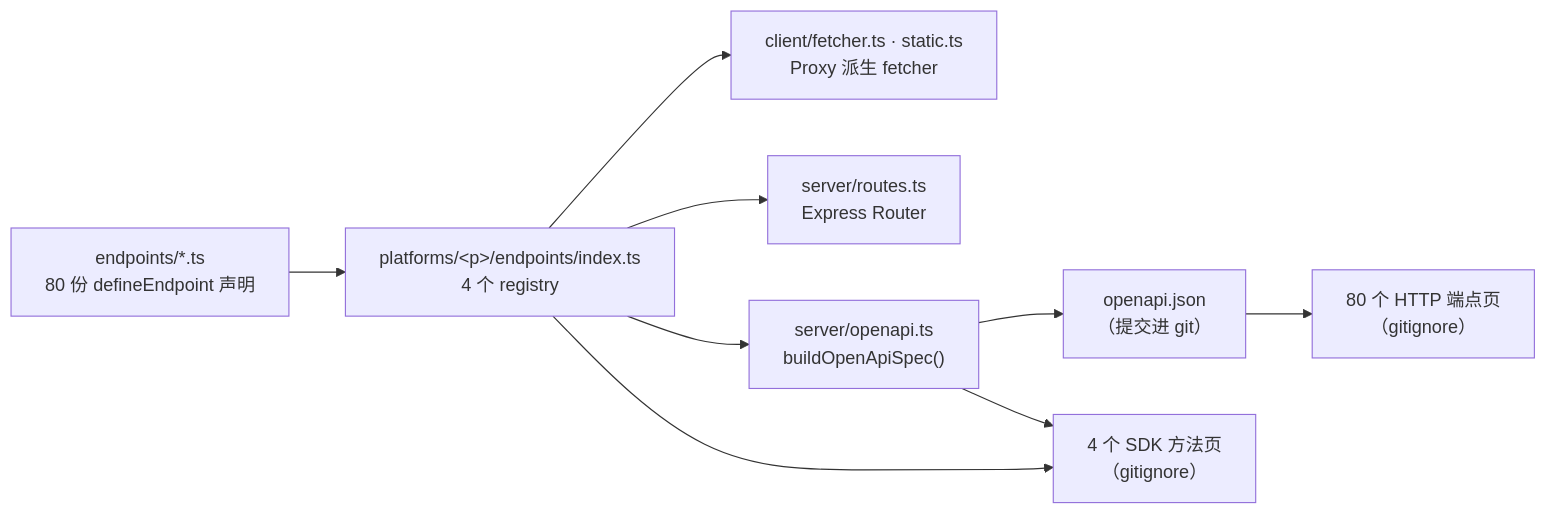
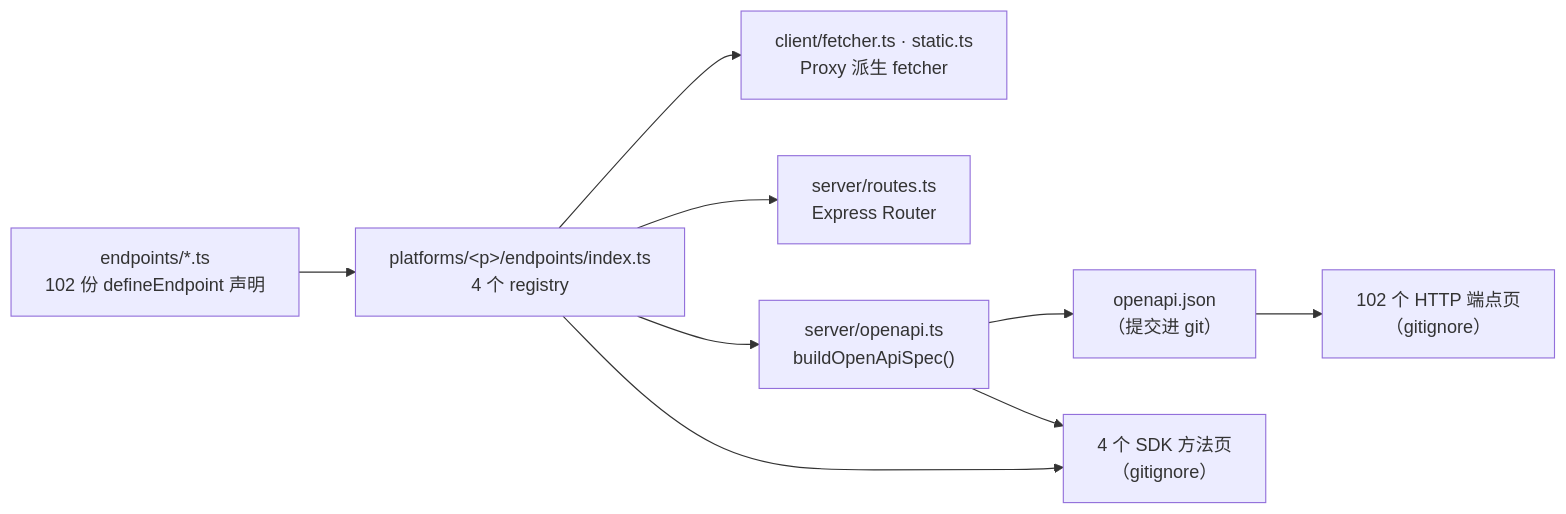
One commit to ikenxuan/amagi changed the diagram in packages/docs/content/docs/v7/dev/internals/registry.mdx. Above: the diagram before and after it, drawn with Mermaid. The commit also changed other lines of this file and 189 other files, not shown here.

````diff
--- a/packages/docs/content/docs/v7/dev/internals/registry.mdx
+++ b/packages/docs/content/docs/v7/dev/internals/registry.mdx
@@ -75,19 +75,19 @@
 ```mermaid
 flowchart LR
-  D["endpoints/*.ts<br/>80 份 defineEndpoint 声明"]
+  D["endpoints/*.ts<br/>102 份 defineEndpoint 声明"]
   R["platforms/&lt;p&gt;/endpoints/index.ts<br/>4 个 registry"]
   F["client/fetcher.ts · static.ts<br/>Proxy 派生 fetcher"]
   S["server/routes.ts<br/>Express Router"]
   O["server/openapi.ts<br/>buildOpenApiSpec()"]
   J["openapi.json<br/>（提交进 git）"]
-  H["80 个 HTTP 端点页<br/>（gitignore）"]
+  H["102 个 HTTP 端点页<br/>（gitignore）"]
   K["4 个 SDK 方法页<br/>（gitignore）"]
   D --> R
   R --> F
   R --> S
   R --> O
   O --> J
   J --> H
   R --> K
   O --> K
 ```
````
